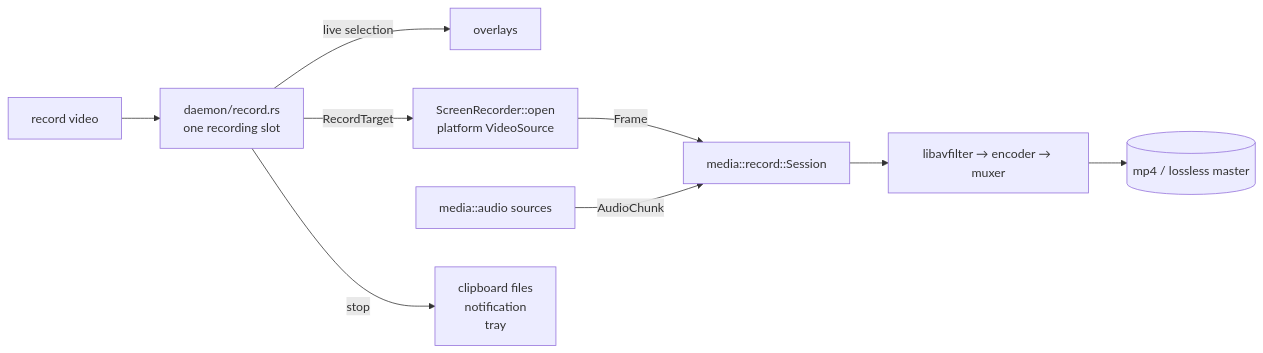
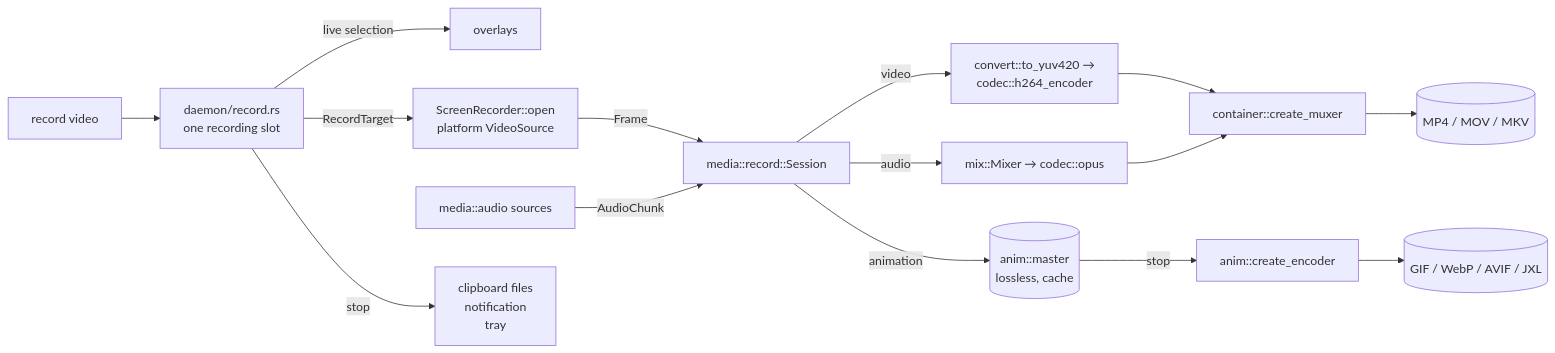
Before and after one commit to qt715/quikscope: the second of 2 diagrams in docs/architecture.md, drawn with Mermaid. The commit also changed other lines of this file and 98 other files, not shown here.

````diff
--- a/docs/architecture.md
+++ b/docs/architecture.md
@@ -316,11 +316,16 @@
 ```mermaid
 flowchart LR
     req[record video] --> ctl[daemon/record.rs\none recording slot]
     ctl -- live selection --> overlay[overlays]
     ctl -- RecordTarget --> src[ScreenRecorder::open\nplatform VideoSource]
     src -- Frame --> sess[media::record::Session]
     aud[media::audio sources] -- AudioChunk --> sess
-    sess --> enc[libavfilter → encoder → muxer]
-    enc --> file[(mp4 / lossless master)]
+    sess -- video --> venc[convert::to_yuv420 →\ncodec::h264_encoder]
+    sess -- audio --> aenc[mix::Mixer → codec::opus]
+    venc --> mux[container::create_muxer]
+    aenc --> mux
+    mux --> file[(MP4 / MOV / MKV)]
+    sess -- animation --> master[(anim::master\nlossless, cache)]
+    master -- stop --> anim[anim::create_encoder] --> afile[(GIF / WebP / AVIF / JXL)]
     ctl -- stop --> fin[clipboard files\nnotification\ntray]
 ```
````
